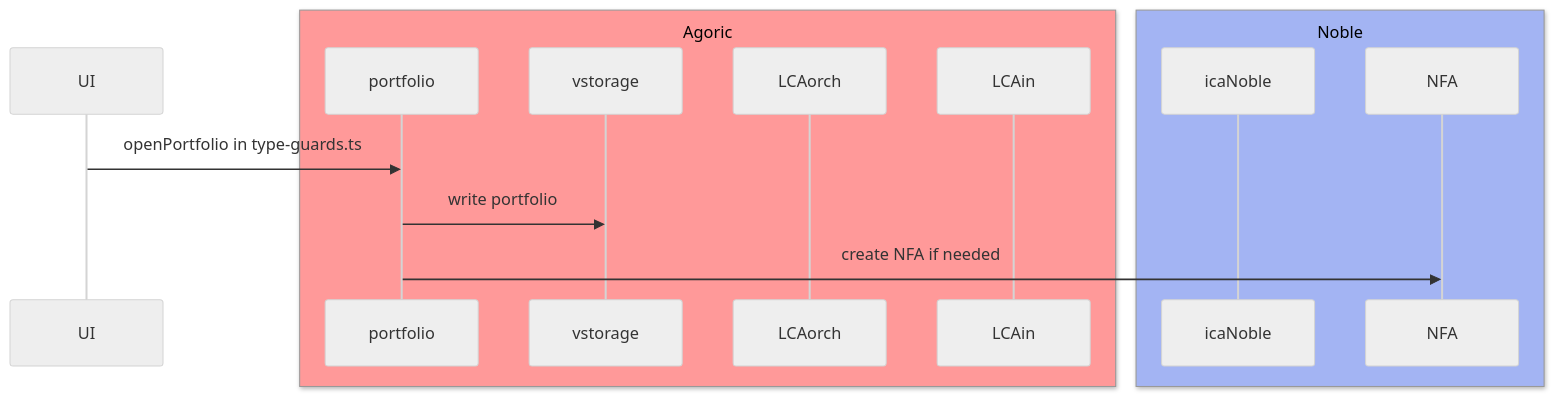
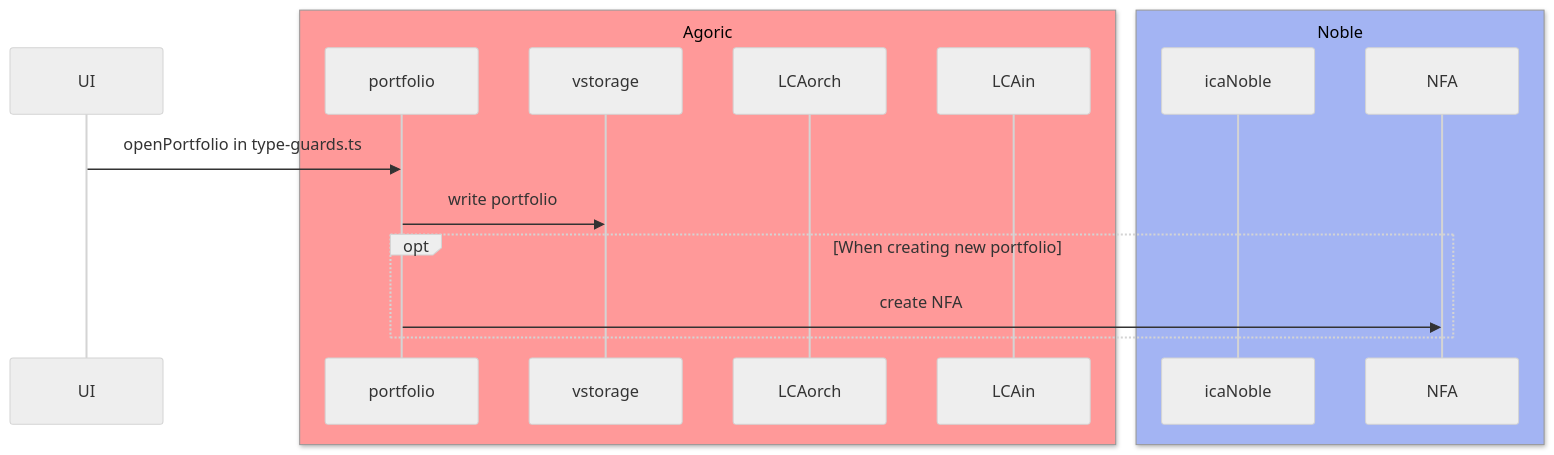
One commit to Agoric/agoric-sdk changed the second of 9 diagrams in packages/portfolio-contract/DESIGN-BETA.md. Above: the diagram before and after it, drawn with Mermaid (neutral theme). The commit also changed other lines of this file, not shown here.

Commit message:
chore(portfolio-contract): update diagrams based on feedback

````diff
--- a/packages/portfolio-contract/DESIGN-BETA.md
+++ b/packages/portfolio-contract/DESIGN-BETA.md
@@ -37,19 +38,21 @@
 ```mermaid
 sequenceDiagram
   UI ->> portfolio: openPortfolio in type-guards.ts
 
   box rgb(255,153,153) Agoric
     participant portfolio
     participant vstorage
     participant LCAorch
     participant LCAin
   end
 
   box rgb(163,180,243) Noble
     participant icaN as icaNoble
     participant NFA as NFA
   end
 
   portfolio ->> vstorage: write portfolio
-  portfolio ->> NFA: create NFA if needed
+  opt When creating new portfolio
+    portfolio ->> NFA: create NFA
+  end
 ```
````
